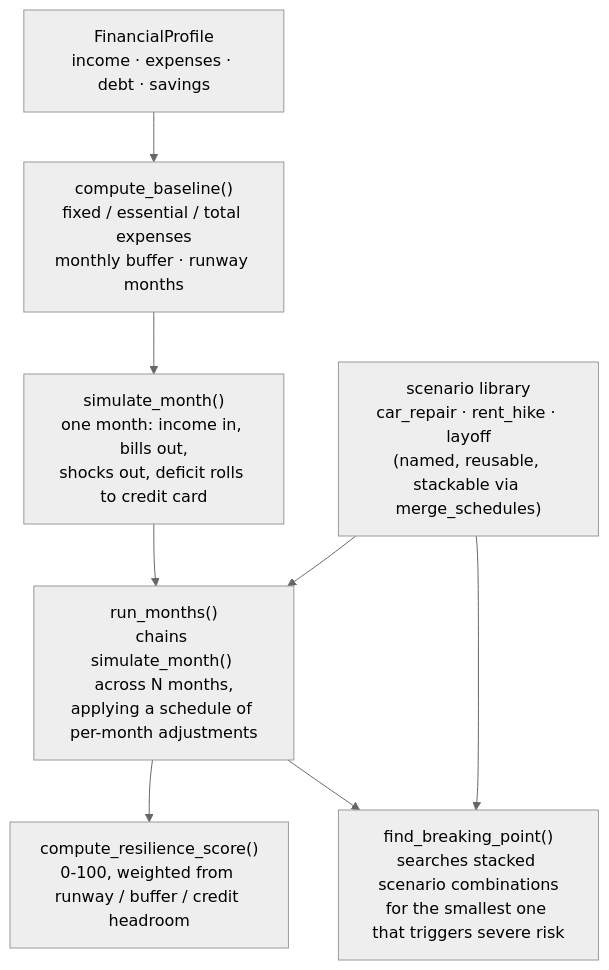
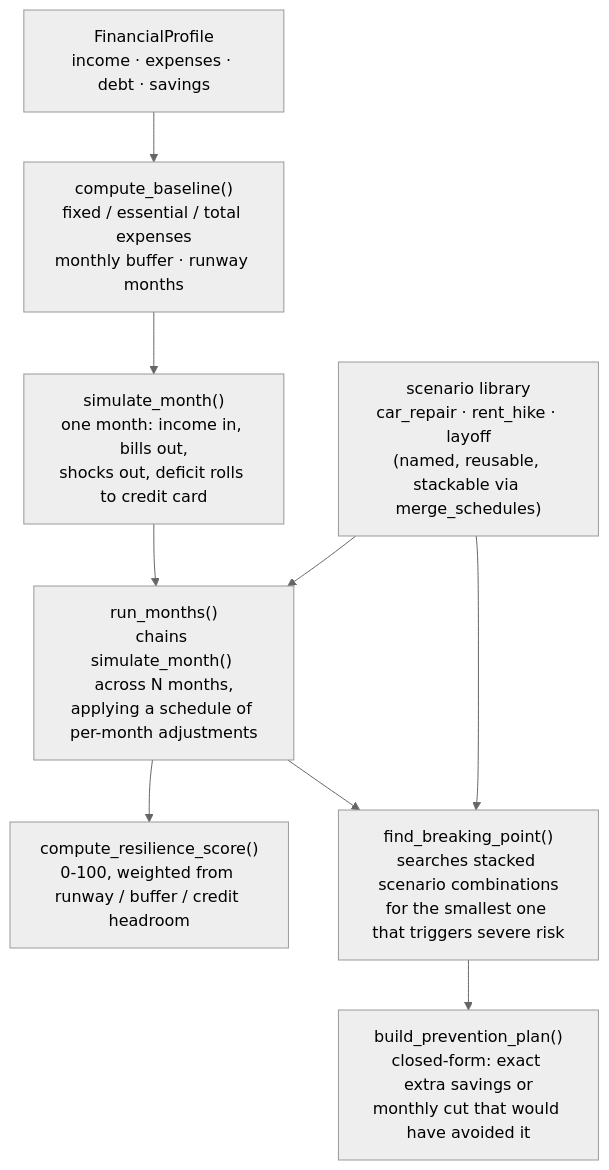
One commit to gangisettyrushil10/Breakpoint changed the third of 3 diagrams in README.md. Above: the diagram before and after it, drawn with Mermaid (neutral theme). The commit also changed other lines of this file and 5 other files, not shown here.

First line of the commit message:
Add deterministic prevention engine (extra savings / spending cut levers)

````diff
--- a/README.md
+++ b/README.md
@@ -73,17 +73,19 @@
 ```mermaid
 flowchart TD
     Profile["FinancialProfile\nincome · expenses · debt · savings"]
     Baseline["compute_baseline()\nfixed / essential / total expenses\nmonthly buffer · runway months"]
     Monthly["simulate_month()\none month: income in, bills out,\nshocks out, deficit rolls to credit card"]
     Runner["run_months()\nchains simulate_month() across N months,\napplying a schedule of per-month adjustments"]
     Scenarios["scenario library\ncar_repair · rent_hike · layoff\n(named, reusable, stackable via merge_schedules)"]
     Score["compute_resilience_score()\n0-100, weighted from runway / buffer / credit headroom"]
     Breaking["find_breaking_point()\nsearches stacked scenario combinations\nfor the smallest one that triggers severe risk"]
+    Prevention["build_prevention_plan()\nclosed-form: exact extra savings or\nmonthly cut that would have avoided it"]
 
     Profile --> Baseline --> Monthly
     Monthly --> Runner
     Scenarios --> Runner
     Runner --> Score
     Runner --> Breaking
     Scenarios --> Breaking
+    Breaking --> Prevention
 ```
````
